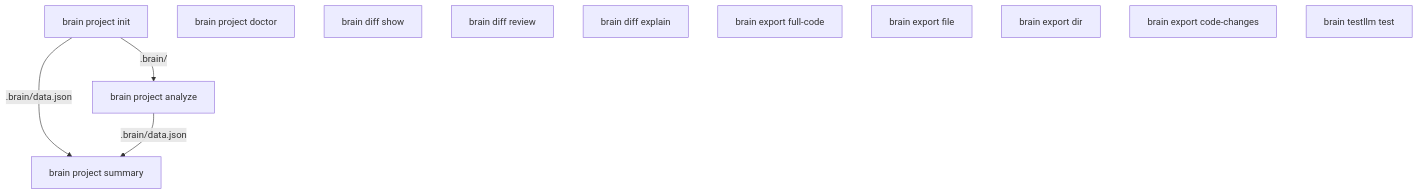
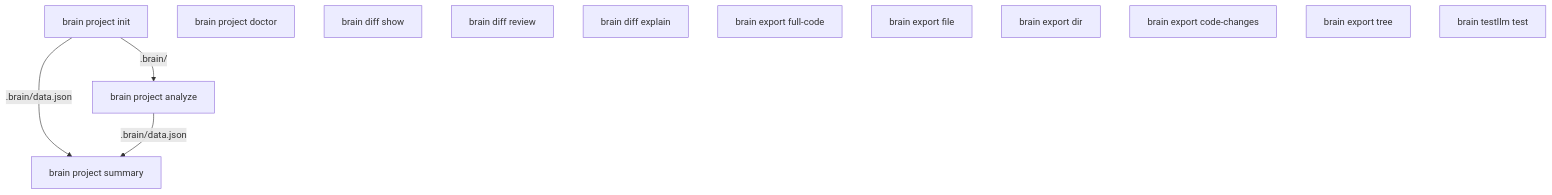
The diagram in docs-generated/architecture/DATAFLOW.md (Srujan-Amaragatti05/project-brain), drawn with Mermaid before and after one commit. The commit also changed other lines of this file and 95 other files, not shown here.

````diff
--- a/docs-generated/architecture/DATAFLOW.md
+++ b/docs-generated/architecture/DATAFLOW.md
@@ -5,18 +5,19 @@
 ```mermaid
 graph TD
     brain_project_init["brain project init"]
     brain_project_init -- ".brain/" --> brain_project_analyze
     brain_project_init -- ".brain/data.json" --> brain_project_summary
     brain_project_analyze["brain project analyze"]
     brain_project_analyze -- ".brain/data.json" --> brain_project_summary
     brain_project_summary["brain project summary"]
     brain_project_doctor["brain project doctor"]
     brain_diff_show["brain diff show"]
     brain_diff_review["brain diff review"]
     brain_diff_explain["brain diff explain"]
     brain_export_full_code["brain export full-code"]
     brain_export_file["brain export file"]
     brain_export_dir["brain export dir"]
     brain_export_code_changes["brain export code-changes"]
+    brain_export_tree["brain export tree"]
     brain_testllm_test["brain testllm test"]
 ```
````
